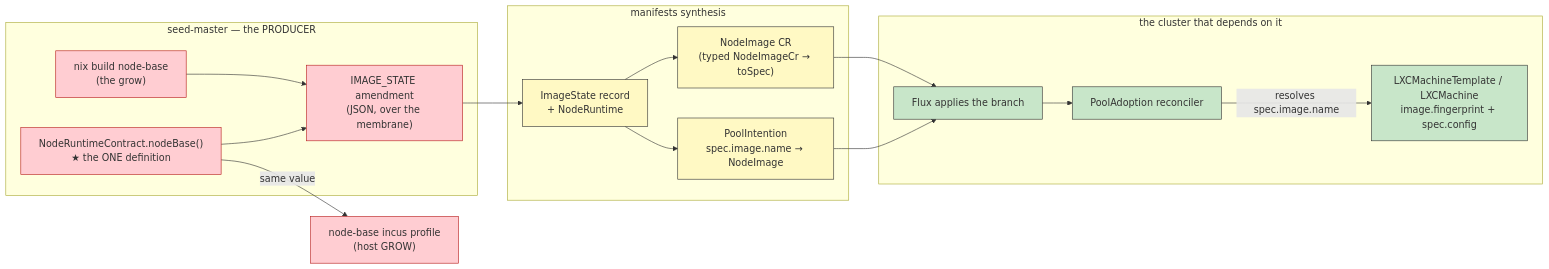
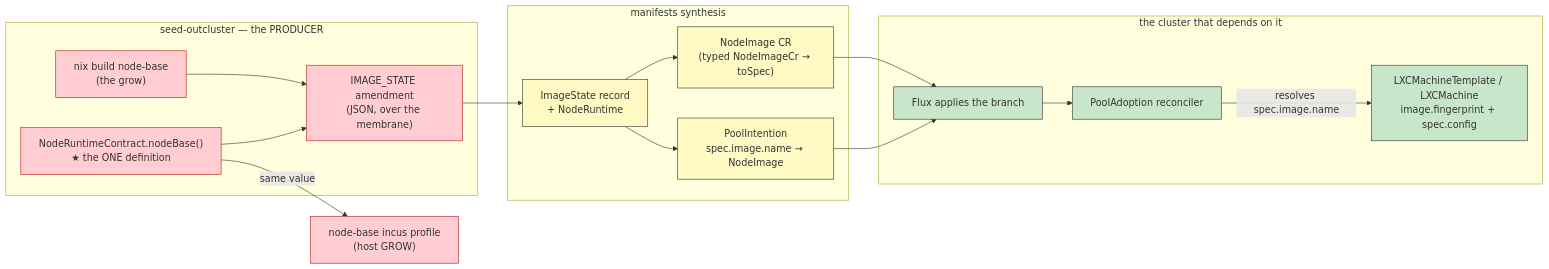
One commit to seedmatic/rke2lab changed the first of 2 diagrams in docs/architecture/cluster-api/node-image-lifecycle.adoc. Above: the diagram before and after it, drawn with Mermaid. The commit also changed other lines of this file and 160 other files, not shown here.

First line of the commit message:
refactor(exec)!: `seed-master` → `seed-outcluster`, one axis for the whole chain

```diff
--- a/docs/architecture/cluster-api/node-image-lifecycle.adoc
+++ b/docs/architecture/cluster-api/node-image-lifecycle.adoc
@@ -55,39 +55,39 @@
 [mermaid,node-image-publish-flow,svg]
 ----
 flowchart LR
-  subgraph HOST["seed-master — the PRODUCER"]
+  subgraph HOST["seed-outcluster — the PRODUCER"]
     BUILD["nix build node-base<br/>(the grow)"]
     CONTRACT["NodeRuntimeContract.nodeBase()<br/>★ the ONE definition"]
     AMEND["IMAGE_STATE amendment<br/>(JSON, over the membrane)"]
   end
 
   subgraph RENDER["manifests synthesis"]
     STATE["ImageState record<br/>+ NodeRuntime"]
     CR["NodeImage CR<br/>(typed NodeImageCr → toSpec)"]
     POOL["PoolIntention<br/>spec.image.name → NodeImage"]
   end
 
   subgraph CLUSTER["the cluster that depends on it"]
     FLUX["Flux applies the branch"]
     REC["PoolAdoption reconciler"]
     LXC["LXCMachineTemplate / LXCMachine<br/>image.fingerprint + spec.config"]
   end
 
   BUILD --> AMEND
   CONTRACT --> AMEND
   CONTRACT -->|"same value"| PROFILE["node-base incus profile<br/>(host GROW)"]
   AMEND --> STATE
   STATE --> CR
   STATE --> POOL
   CR --> FLUX
   POOL --> FLUX
   FLUX --> REC
   REC -->|"resolves spec.image.name"| LXC
 
   classDef host fill:#FFCDD2,stroke:#B71C1C
   classDef render fill:#FFF9C4,stroke:#333
   classDef incl fill:#C8E6C9,stroke:#333
   class BUILD,CONTRACT,AMEND,PROFILE host
   class STATE,CR,POOL render
   class FLUX,REC,LXC incl
 ----
```
